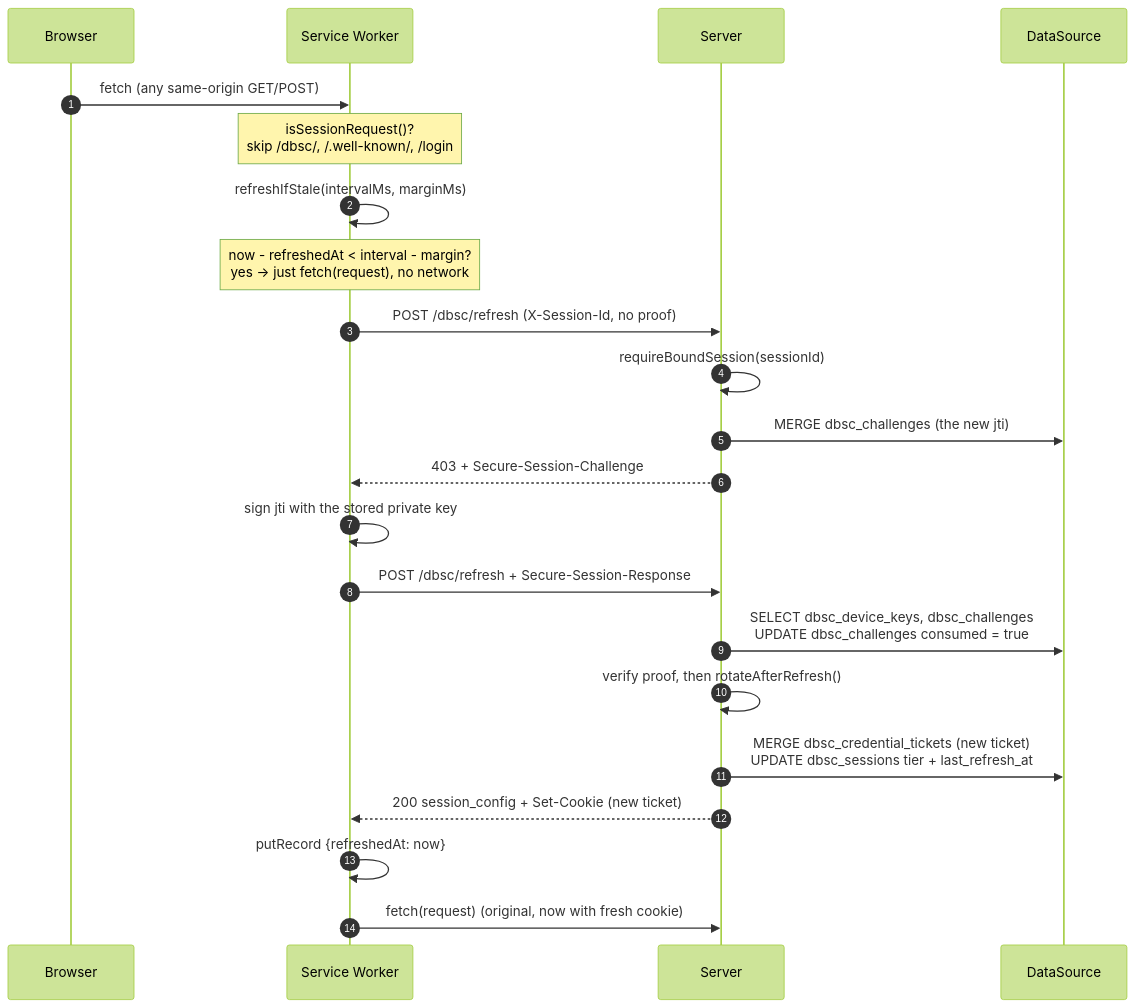
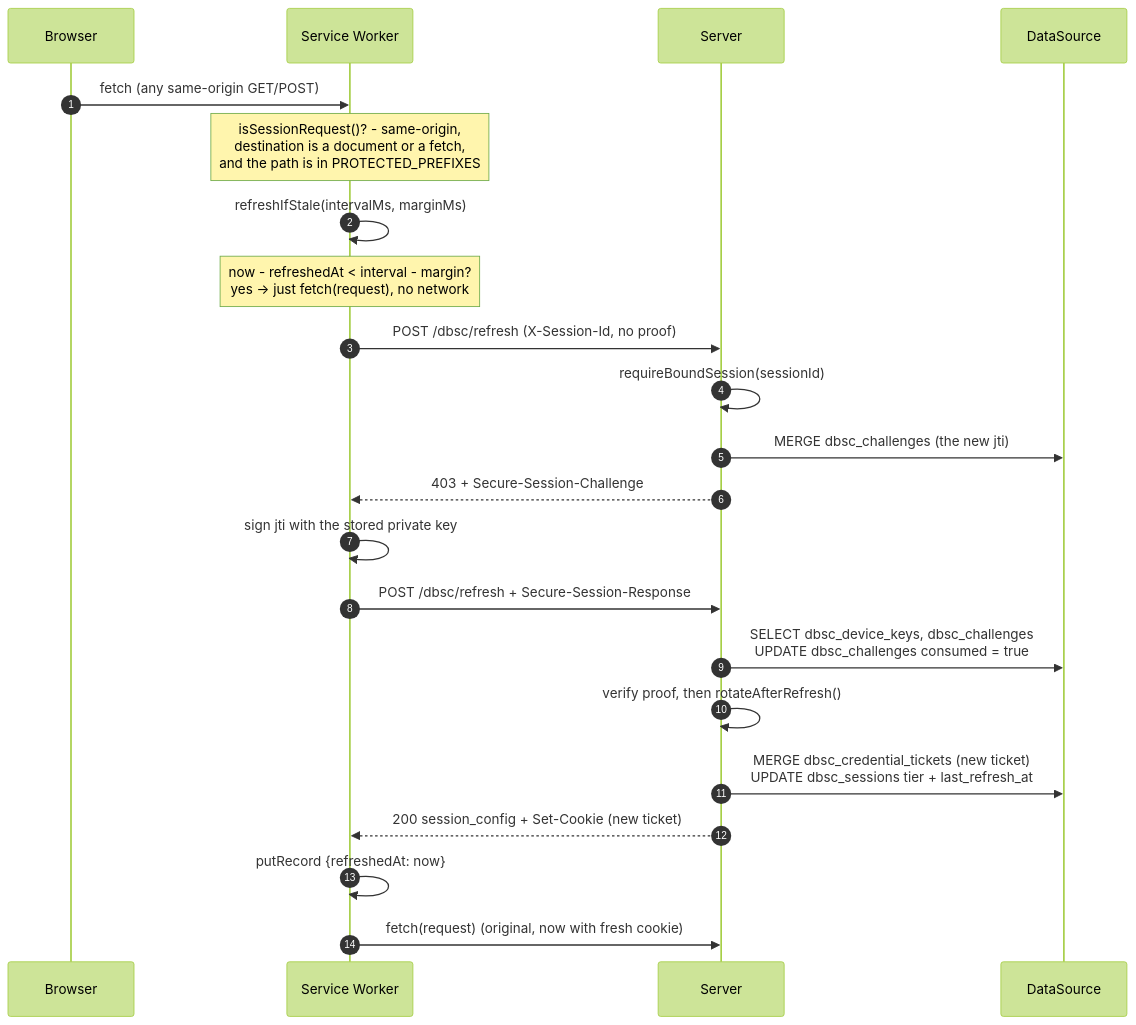
One commit to yuukioosaka/spring-dbsc changed the tenth of 12 diagrams in README.md. Above: the diagram before and after it, drawn with Mermaid (forest theme). The commit also changed other lines of this file and 2 other files, not shown here.

First line of the commit message:
Soft DBSC: allowlist protected routes, reuse the DB, serialize refreshes

````diff
--- a/README.md
+++ b/README.md
@@ -1536,25 +1536,25 @@
 ```mermaid
 sequenceDiagram
     autonumber
     participant B as Browser
     participant W as Service Worker
     participant S as Server
     participant D as DataSource
 
     B->>W: fetch (any same-origin GET/POST)
-    Note over W: isSessionRequest()?<br/>skip /dbsc/, /.well-known/, /login
+    Note over W: isSessionRequest()? - same-origin,<br/>destination is a document or a fetch,<br/>and the path is in PROTECTED_PREFIXES
     W->>W: refreshIfStale(intervalMs, marginMs)
     Note over W: now - refreshedAt < interval - margin?<br/>yes -> just fetch(request), no network
     W->>S: POST /dbsc/refresh  (X-Session-Id, no proof)
     S->>S: requireBoundSession(sessionId)
     S->>D: MERGE dbsc_challenges (the new jti)
     S-->>W: 403 + Secure-Session-Challenge
     W->>W: sign jti with the stored private key
     W->>S: POST /dbsc/refresh + Secure-Session-Response
     S->>D: SELECT dbsc_device_keys, dbsc_challenges<br/>UPDATE dbsc_challenges consumed = true
     S->>S: verify proof, then rotateAfterRefresh()
     S->>D: MERGE dbsc_credential_tickets (new ticket)<br/>UPDATE dbsc_sessions tier + last_refresh_at
     S-->>W: 200 session_config + Set-Cookie (new ticket)
     W->>W: putRecord {refreshedAt: now}
     W->>S: fetch(request)  (original, now with fresh cookie)
 ```
````
